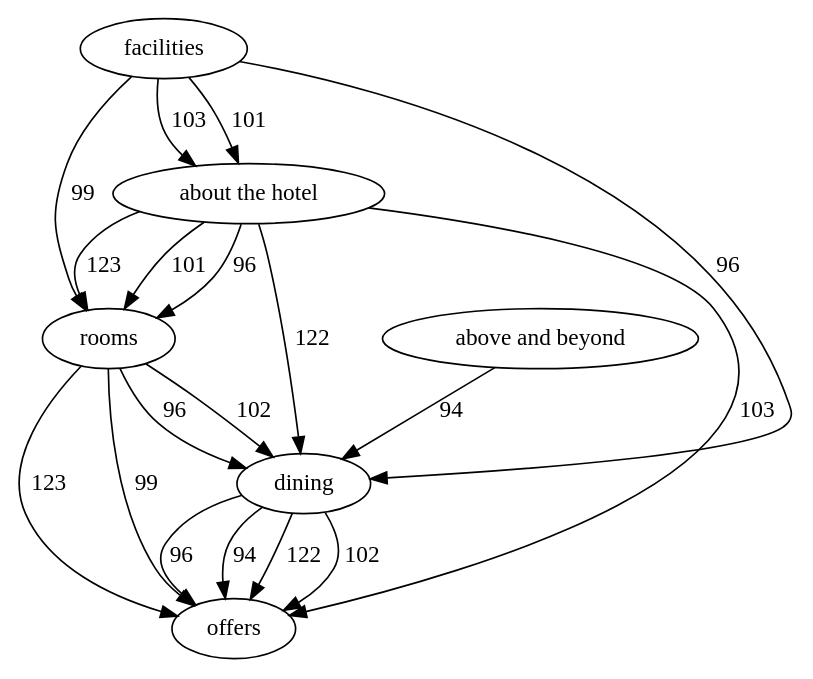
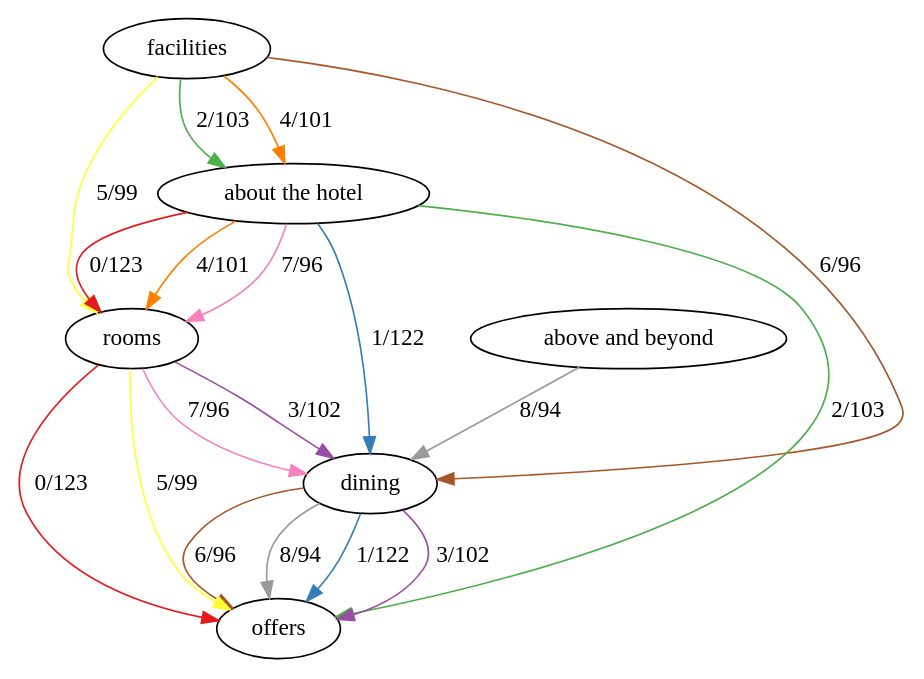
Before and after one commit to alexcu/sit742-a2-report: the diagram in dot/internal_requests.dot, drawn with Graphviz. The commit also changed 32 other files, not shown here.

Commit message:
Update dot graphs for latest coloring

```diff
--- a/dot/internal_requests.dot
+++ b/dot/internal_requests.dot
@@ -1,27 +1,27 @@
 digraph "" {
 layout="dot";
 facilities;
 "about the hotel";
 dining;
 offers;
 rooms;
 "above and beyond";
-facilities -> dining  [key=0, label=96, weight=96];
-facilities -> rooms  [key=0, label=99, weight=99];
-facilities -> "about the hotel"  [key=0, label=103, weight=103];
-facilities -> "about the hotel"  [key=1, label=101, weight=101];
-"about the hotel" -> dining  [key=0, label=122, weight=122];
-"about the hotel" -> offers  [key=0, label=103, weight=103];
-"about the hotel" -> rooms  [key=0, label=123, weight=123];
-"about the hotel" -> rooms  [key=1, label=101, weight=101];
-"about the hotel" -> rooms  [key=2, label=96, weight=96];
-dining -> offers  [key=0, label=122, weight=122];
-dining -> offers  [key=1, label=102, weight=102];
-dining -> offers  [key=2, label=96, weight=96];
-dining -> offers  [key=3, label=94, weight=94];
-rooms -> dining  [key=0, label=102, weight=102];
-rooms -> dining  [key=1, label=96, weight=96];
-rooms -> offers  [key=0, label=123, weight=123];
-rooms -> offers  [key=1, label=99, weight=99];
-"above and beyond" -> dining  [key=0, label=94, weight=94];
+facilities -> dining  [color="#a65628", key=0, label="6/96", weight=96];
+facilities -> rooms  [color="#ffff33", key=0, label="5/99", weight=99];
+facilities -> "about the hotel"  [color="#4daf4a", key=0, label="2/103", weight=103];
+facilities -> "about the hotel"  [color="#ff7f00", key=1, label="4/101", weight=101];
+"about the hotel" -> dining  [color="#377eb8", key=0, label="1/122", weight=122];
+"about the hotel" -> offers  [color="#4daf4a", key=0, label="2/103", weight=103];
+"about the hotel" -> rooms  [color="#e41a1c", key=0, label="0/123", weight=123];
+"about the hotel" -> rooms  [color="#ff7f00", key=1, label="4/101", weight=101];
+"about the hotel" -> rooms  [color="#f781bf", key=2, label="7/96", weight=96];
+dining -> offers  [color="#377eb8", key=0, label="1/122", weight=122];
+dining -> offers  [color="#984ea3", key=1, label="3/102", weight=102];
+dining -> offers  [color="#a65628", key=2, label="6/96", weight=96];
+dining -> offers  [color="#999999", key=3, label="8/94", weight=94];
+rooms -> dining  [color="#984ea3", key=0, label="3/102", weight=102];
+rooms -> dining  [color="#f781bf", key=1, label="7/96", weight=96];
+rooms -> offers  [color="#e41a1c", key=0, label="0/123", weight=123];
+rooms -> offers  [color="#ffff33", key=1, label="5/99", weight=99];
+"above and beyond" -> dining  [color="#999999", key=0, label="8/94", weight=94];
 }
```
